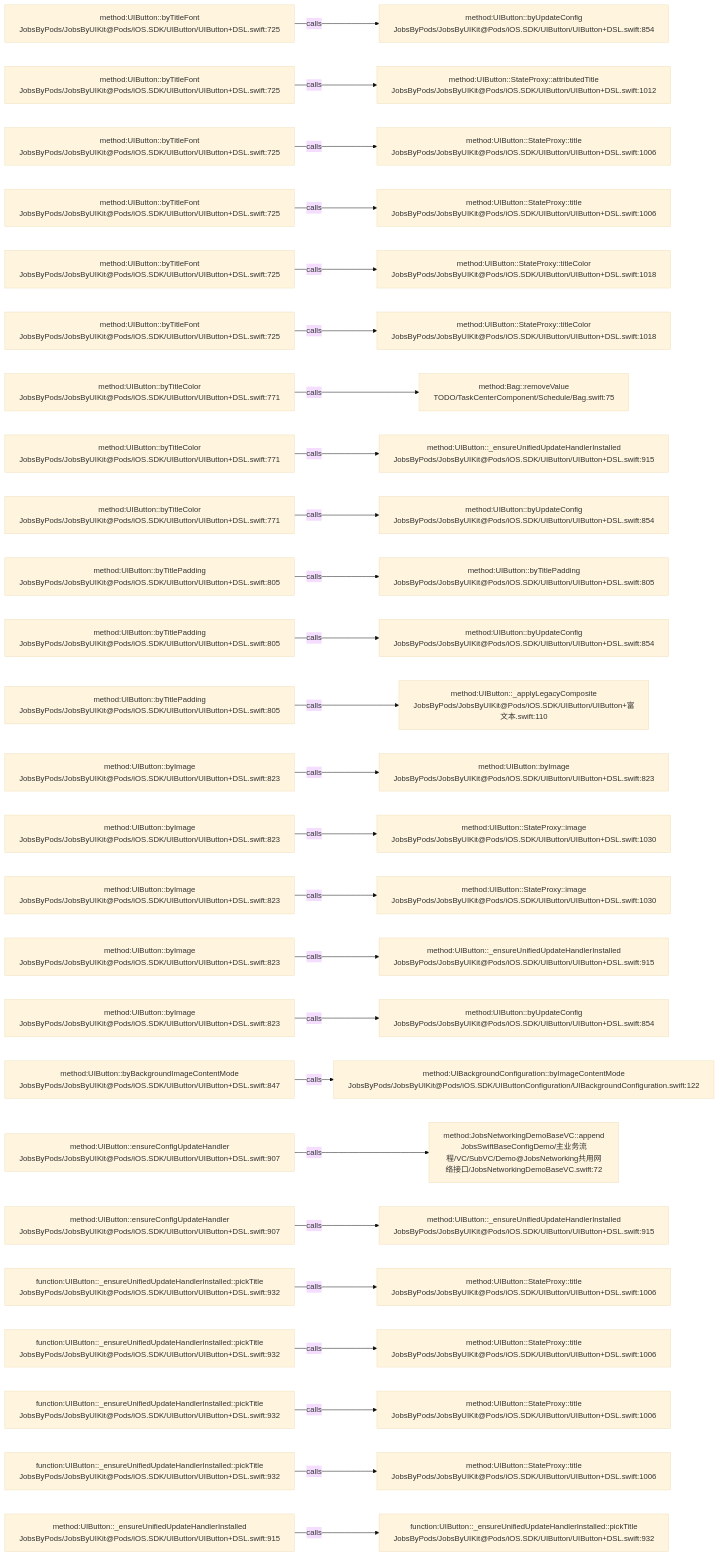
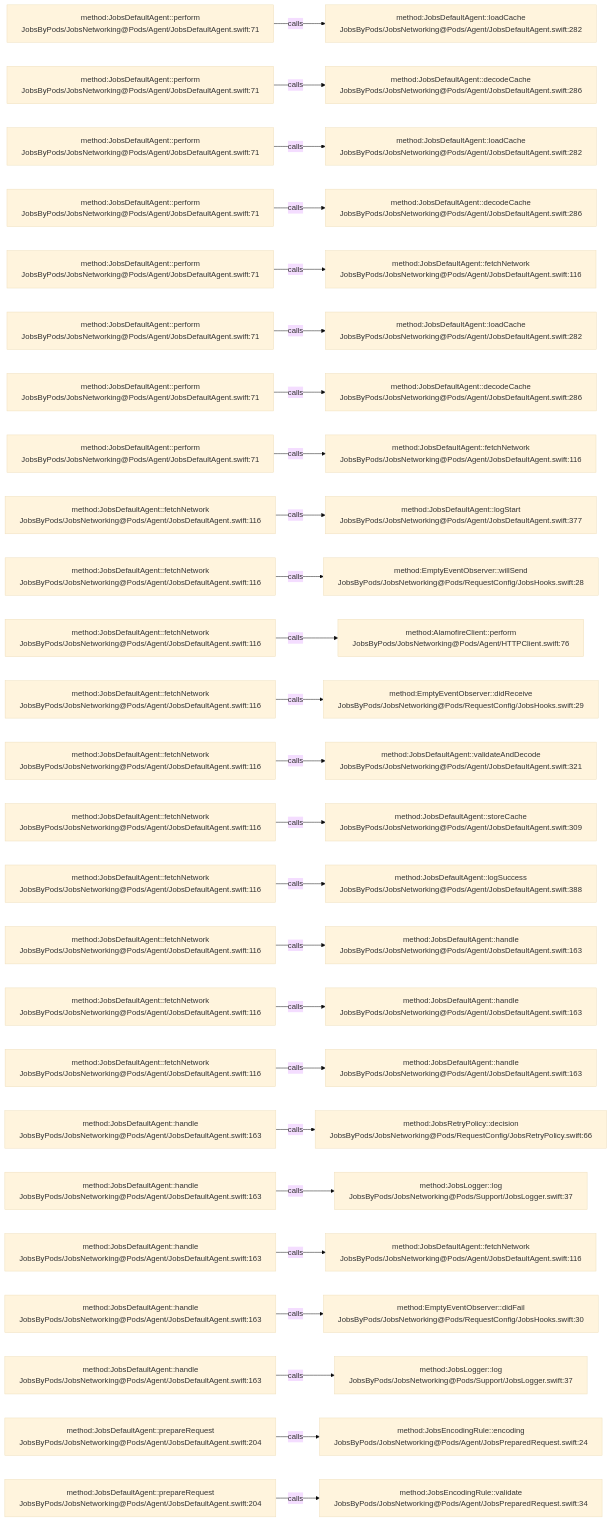
Before and after one commit to JobsKits/JobsSwiftBaseConfigDemo: the diagram in .codegraph/codegraph.md/graphs/calls-037.md, drawn with Mermaid (base theme). The commit also changed 569 other files, not shown here.

````diff
--- a/.codegraph/codegraph.md/graphs/calls-037.md
+++ b/.codegraph/codegraph.md/graphs/calls-037.md
@@ -13,78 +13,78 @@
 ```mermaid
 flowchart LR
-  S1["method:UIButton::byTitleFont<br/>JobsByPods/JobsByUIKit@Pods/iOS.SDK/UIButton/UIButton+DSL.swift:725"]
-  T1["method:UIButton::byUpdateConfig<br/>JobsByPods/JobsByUIKit@Pods/iOS.SDK/UIButton/UIButton+DSL.swift:854"]
+  S1["method:JobsDefaultAgent::perform<br/>JobsByPods/JobsNetworking@Pods/Agent/JobsDefaultAgent.swift:71"]
+  T1["method:JobsDefaultAgent::loadCache<br/>JobsByPods/JobsNetworking@Pods/Agent/JobsDefaultAgent.swift:282"]
   S1 -->|calls| T1
-  S2["method:UIButton::byTitleFont<br/>JobsByPods/JobsByUIKit@Pods/iOS.SDK/UIButton/UIButton+DSL.swift:725"]
-  T2["method:UIButton::StateProxy::attributedTitle<br/>JobsByPods/JobsByUIKit@Pods/iOS.SDK/UIButton/UIButton+DSL.swift:1012"]
+  S2["method:JobsDefaultAgent::perform<br/>JobsByPods/JobsNetworking@Pods/Agent/JobsDefaultAgent.swift:71"]
+  T2["method:JobsDefaultAgent::decodeCache<br/>JobsByPods/JobsNetworking@Pods/Agent/JobsDefaultAgent.swift:286"]
   S2 -->|calls| T2
-  S3["method:UIButton::byTitleFont<br/>JobsByPods/JobsByUIKit@Pods/iOS.SDK/UIButton/UIButton+DSL.swift:725"]
-  T3["method:UIButton::StateProxy::title<br/>JobsByPods/JobsByUIKit@Pods/iOS.SDK/UIButton/UIButton+DSL.swift:1006"]
+  S3["method:JobsDefaultAgent::perform<br/>JobsByPods/JobsNetworking@Pods/Agent/JobsDefaultAgent.swift:71"]
+  T3["method:JobsDefaultAgent::loadCache<br/>JobsByPods/JobsNetworking@Pods/Agent/JobsDefaultAgent.swift:282"]
   S3 -->|calls| T3
-  S4["method:UIButton::byTitleFont<br/>JobsByPods/JobsByUIKit@Pods/iOS.SDK/UIButton/UIButton+DSL.swift:725"]
-  T4["method:UIButton::StateProxy::title<br/>JobsByPods/JobsByUIKit@Pods/iOS.SDK/UIButton/UIButton+DSL.swift:1006"]
+  S4["method:JobsDefaultAgent::perform<br/>JobsByPods/JobsNetworking@Pods/Agent/JobsDefaultAgent.swift:71"]
+  T4["method:JobsDefaultAgent::decodeCache<br/>JobsByPods/JobsNetworking@Pods/Agent/JobsDefaultAgent.swift:286"]
   S4 -->|calls| T4
-  S5["method:UIButton::byTitleFont<br/>JobsByPods/JobsByUIKit@Pods/iOS.SDK/UIButton/UIButton+DSL.swift:725"]
-  T5["method:UIButton::StateProxy::titleColor<br/>JobsByPods/JobsByUIKit@Pods/iOS.SDK/UIButton/UIButton+DSL.swift:1018"]
+  S5["method:JobsDefaultAgent::perform<br/>JobsByPods/JobsNetworking@Pods/Agent/JobsDefaultAgent.swift:71"]
+  T5["method:JobsDefaultAgent::fetchNetwork<br/>JobsByPods/JobsNetworking@Pods/Agent/JobsDefaultAgent.swift:116"]
   S5 -->|calls| T5
-  S6["method:UIButton::byTitleFont<br/>JobsByPods/JobsByUIKit@Pods/iOS.SDK/UIButton/UIButton+DSL.swift:725"]
-  T6["method:UIButton::StateProxy::titleColor<br/>JobsByPods/JobsByUIKit@Pods/iOS.SDK/UIButton/UIButton+DSL.swift:1018"]
+  S6["method:JobsDefaultAgent::perform<br/>JobsByPods/JobsNetworking@Pods/Agent/JobsDefaultAgent.swift:71"]
+  T6["method:JobsDefaultAgent::loadCache<br/>JobsByPods/JobsNetworking@Pods/Agent/JobsDefaultAgent.swift:282"]
   S6 -->|calls| T6
-  S7["method:UIButton::byTitleColor<br/>JobsByPods/JobsByUIKit@Pods/iOS.SDK/UIButton/UIButton+DSL.swift:771"]
-  T7["method:Bag::removeValue<br/>TODO/TaskCenterComponent/Schedule/Bag.swift:75"]
+  S7["method:JobsDefaultAgent::perform<br/>JobsByPods/JobsNetworking@Pods/Agent/JobsDefaultAgent.swift:71"]
+  T7["method:JobsDefaultAgent::decodeCache<br/>JobsByPods/JobsNetworking@Pods/Agent/JobsDefaultAgent.swift:286"]
   S7 -->|calls| T7
-  S8["method:UIButton::byTitleColor<br/>JobsByPods/JobsByUIKit@Pods/iOS.SDK/UIButton/UIButton+DSL.swift:771"]
-  T8["method:UIButton::_ensureUnifiedUpdateHandlerInstalled<br/>JobsByPods/JobsByUIKit@Pods/iOS.SDK/UIButton/UIButton+DSL.swift:915"]
+  S8["method:JobsDefaultAgent::perform<br/>JobsByPods/JobsNetworking@Pods/Agent/JobsDefaultAgent.swift:71"]
+  T8["method:JobsDefaultAgent::fetchNetwork<br/>JobsByPods/JobsNetworking@Pods/Agent/JobsDefaultAgent.swift:116"]
   S8 -->|calls| T8
-  S9["method:UIButton::byTitleColor<br/>JobsByPods/JobsByUIKit@Pods/iOS.SDK/UIButton/UIButton+DSL.swift:771"]
-  T9["method:UIButton::byUpdateConfig<br/>JobsByPods/JobsByUIKit@Pods/iOS.SDK/UIButton/UIButton+DSL.swift:854"]
+  S9["method:JobsDefaultAgent::fetchNetwork<br/>JobsByPods/JobsNetworking@Pods/Agent/JobsDefaultAgent.swift:116"]
+  T9["method:JobsDefaultAgent::logStart<br/>JobsByPods/JobsNetworking@Pods/Agent/JobsDefaultAgent.swift:377"]
   S9 -->|calls| T9
-  S10["method:UIButton::byTitlePadding<br/>JobsByPods/JobsByUIKit@Pods/iOS.SDK/UIButton/UIButton+DSL.swift:805"]
-  T10["method:UIButton::byTitlePadding<br/>JobsByPods/JobsByUIKit@Pods/iOS.SDK/UIButton/UIButton+DSL.swift:805"]
+  S10["method:JobsDefaultAgent::fetchNetwork<br/>JobsByPods/JobsNetworking@Pods/Agent/JobsDefaultAgent.swift:116"]
+  T10["method:EmptyEventObserver::willSend<br/>JobsByPods/JobsNetworking@Pods/RequestConfig/JobsHooks.swift:28"]
   S10 -->|calls| T10
-  S11["method:UIButton::byTitlePadding<br/>JobsByPods/JobsByUIKit@Pods/iOS.SDK/UIButton/UIButton+DSL.swift:805"]
-  T11["method:UIButton::byUpdateConfig<br/>JobsByPods/JobsByUIKit@Pods/iOS.SDK/UIButton/UIButton+DSL.swift:854"]
+  S11["method:JobsDefaultAgent::fetchNetwork<br/>JobsByPods/JobsNetworking@Pods/Agent/JobsDefaultAgent.swift:116"]
+  T11["method:AlamofireClient::perform<br/>JobsByPods/JobsNetworking@Pods/Agent/HTTPClient.swift:76"]
   S11 -->|calls| T11
-  S12["method:UIButton::byTitlePadding<br/>JobsByPods/JobsByUIKit@Pods/iOS.SDK/UIButton/UIButton+DSL.swift:805"]
-  T12["method:UIButton::_applyLegacyComposite<br/>JobsByPods/JobsByUIKit@Pods/iOS.SDK/UIButton/UIButton+富文本.swift:110"]
+  S12["method:JobsDefaultAgent::fetchNetwork<br/>JobsByPods/JobsNetworking@Pods/Agent/JobsDefaultAgent.swift:116"]
+  T12["method:EmptyEventObserver::didReceive<br/>JobsByPods/JobsNetworking@Pods/RequestConfig/JobsHooks.swift:29"]
   S12 -->|calls| T12
-  S13["method:UIButton::byImage<br/>JobsByPods/JobsByUIKit@Pods/iOS.SDK/UIButton/UIButton+DSL.swift:823"]
-  T13["method:UIButton::byImage<br/>JobsByPods/JobsByUIKit@Pods/iOS.SDK/UIButton/UIButton+DSL.swift:823"]
+  S13["method:JobsDefaultAgent::fetchNetwork<br/>JobsByPods/JobsNetworking@Pods/Agent/JobsDefaultAgent.swift:116"]
+  T13["method:JobsDefaultAgent::validateAndDecode<br/>JobsByPods/JobsNetworking@Pods/Agent/JobsDefaultAgent.swift:321"]
   S13 -->|calls| T13
-  S14["method:UIButton::byImage<br/>JobsByPods/JobsByUIKit@Pods/iOS.SDK/UIButton/UIButton+DSL.swift:823"]
-  T14["method:UIButton::StateProxy::image<br/>JobsByPods/JobsByUIKit@Pods/iOS.SDK/UIButton/UIButton+DSL.swift:1030"]
+  S14["method:JobsDefaultAgent::fetchNetwork<br/>JobsByPods/JobsNetworking@Pods/Agent/JobsDefaultAgent.swift:116"]
+  T14["method:JobsDefaultAgent::storeCache<br/>JobsByPods/JobsNetworking@Pods/Agent/JobsDefaultAgent.swift:309"]
   S14 -->|calls| T14
-  S15["method:UIButton::byImage<br/>JobsByPods/JobsByUIKit@Pods/iOS.SDK/UIButton/UIButton+DSL.swift:823"]
-  T15["method:UIButton::StateProxy::image<br/>JobsByPods/JobsByUIKit@Pods/iOS.SDK/UIButton/UIButton+DSL.swift:1030"]
+  S15["method:JobsDefaultAgent::fetchNetwork<br/>JobsByPods/JobsNetworking@Pods/Agent/JobsDefaultAgent.swift:116"]
+  T15["method:JobsDefaultAgent::logSuccess<br/>JobsByPods/JobsNetworking@Pods/Agent/JobsDefaultAgent.swift:388"]
   S15 -->|calls| T15
-  S16["method:UIButton::byImage<br/>JobsByPods/JobsByUIKit@Pods/iOS.SDK/UIButton/UIButton+DSL.swift:823"]
-  T16["method:UIButton::_ensureUnifiedUpdateHandlerInstalled<br/>JobsByPods/JobsByUIKit@Pods/iOS.SDK/UIButton/UIButton+DSL.swift:915"]
+  S16["method:JobsDefaultAgent::fetchNetwork<br/>JobsByPods/JobsNetworking@Pods/Agent/JobsDefaultAgent.swift:116"]
+  T16["method:JobsDefaultAgent::handle<br/>JobsByPods/JobsNetworking@Pods/Agent/JobsDefaultAgent.swift:163"]
   S16 -->|calls| T16
-  S17["method:UIButton::byImage<br/>JobsByPods/JobsByUIKit@Pods/iOS.SDK/UIButton/UIButton+DSL.swift:823"]
-  T17["method:UIButton::byUpdateConfig<br/>JobsByPods/JobsByUIKit@Pods/iOS.SDK/UIButton/UIButton+DSL.swift:854"]
+  S17["method:JobsDefaultAgent::fetchNetwork<br/>JobsByPods/JobsNetworking@Pods/Agent/JobsDefaultAgent.swift:116"]
+  T17["method:JobsDefaultAgent::handle<br/>JobsByPods/JobsNetworking@Pods/Agent/JobsDefaultAgent.swift:163"]
   S17 -->|calls| T17
-  S18["method:UIButton::byBackgroundImageContentMode<br/>JobsByPods/JobsByUIKit@Pods/iOS.SDK/UIButton/UIButton+DSL.swift:847"]
-  T18["method:UIBackgroundConfiguration::byImageContentMode<br/>JobsByPods/JobsByUIKit@Pods/iOS.SDK/UIButtonConfiguration/UIBackgroundConfiguration.swift:122"]
+  S18["method:JobsDefaultAgent::fetchNetwork<br/>JobsByPods/JobsNetworking@Pods/Agent/JobsDefaultAgent.swift:116"]
+  T18["method:JobsDefaultAgent::handle<br/>JobsByPods/JobsNetworking@Pods/Agent/JobsDefaultAgent.swift:163"]
   S18 -->|calls| T18
-  S19["method:UIButton::ensureConfigUpdateHandler<br/>JobsByPods/JobsByUIKit@Pods/iOS.SDK/UIButton/UIButton+DSL.swift:907"]
-  T19["method:JobsNetworkingDemoBaseVC::append<br/>JobsSwiftBaseConfigDemo/主业务流程/VC/SubVC/Demo@JobsNetworking共用网络接口/JobsNetworkingDemoBaseVC.swift:72"]
+  S19["method:JobsDefaultAgent::handle<br/>JobsByPods/JobsNetworking@Pods/Agent/JobsDefaultAgent.swift:163"]
+  T19["method:JobsRetryPolicy::decision<br/>JobsByPods/JobsNetworking@Pods/RequestConfig/JobsRetryPolicy.swift:66"]
   S19 -->|calls| T19
-  S20["method:UIButton::ensureConfigUpdateHandler<br/>JobsByPods/JobsByUIKit@Pods/iOS.SDK/UIButton/UIButton+DSL.swift:907"]
-  T20["method:UIButton::_ensureUnifiedUpdateHandlerInstalled<br/>JobsByPods/JobsByUIKit@Pods/iOS.SDK/UIButton/UIButton+DSL.swift:915"]
+  S20["method:JobsDefaultAgent::handle<br/>JobsByPods/JobsNetworking@Pods/Agent/JobsDefaultAgent.swift:163"]
+  T20["method:JobsLogger::log<br/>JobsByPods/JobsNetworking@Pods/Support/JobsLogger.swift:37"]
   S20 -->|calls| T20
-  S21["function:UIButton::_ensureUnifiedUpdateHandlerInstalled::pickTitle<br/>JobsByPods/JobsByUIKit@Pods/iOS.SDK/UIButton/UIButton+DSL.swift:932"]
-  T21["method:UIButton::StateProxy::title<br/>JobsByPods/JobsByUIKit@Pods/iOS.SDK/UIButton/UIButton+DSL.swift:1006"]
+  S21["method:JobsDefaultAgent::handle<br/>JobsByPods/JobsNetworking@Pods/Agent/JobsDefaultAgent.swift:163"]
+  T21["method:JobsDefaultAgent::fetchNetwork<br/>JobsByPods/JobsNetworking@Pods/Agent/JobsDefaultAgent.swift:116"]
   S21 -->|calls| T21
-  S22["function:UIButton::_ensureUnifiedUpdateHandlerInstalled::pickTitle<br/>JobsByPods/JobsByUIKit@Pods/iOS.SDK/UIButton/UIButton+DSL.swift:932"]
-  T22["method:UIButton::StateProxy::title<br/>JobsByPods/JobsByUIKit@Pods/iOS.SDK/UIButton/UIButton+DSL.swift:1006"]
+  S22["method:JobsDefaultAgent::handle<br/>JobsByPods/JobsNetworking@Pods/Agent/JobsDefaultAgent.swift:163"]
+  T22["method:EmptyEventObserver::didFail<br/>JobsByPods/JobsNetworking@Pods/RequestConfig/JobsHooks.swift:30"]
   S22 -->|calls| T22
-  S23["function:UIButton::_ensureUnifiedUpdateHandlerInstalled::pickTitle<br/>JobsByPods/JobsByUIKit@Pods/iOS.SDK/UIButton/UIButton+DSL.swift:932"]
-  T23["method:UIButton::StateProxy::title<br/>JobsByPods/JobsByUIKit@Pods/iOS.SDK/UIButton/UIButton+DSL.swift:1006"]
+  S23["method:JobsDefaultAgent::handle<br/>JobsByPods/JobsNetworking@Pods/Agent/JobsDefaultAgent.swift:163"]
+  T23["method:JobsLogger::log<br/>JobsByPods/JobsNetworking@Pods/Support/JobsLogger.swift:37"]
   S23 -->|calls| T23
-  S24["function:UIButton::_ensureUnifiedUpdateHandlerInstalled::pickTitle<br/>JobsByPods/JobsByUIKit@Pods/iOS.SDK/UIButton/UIButton+DSL.swift:932"]
-  T24["method:UIButton::StateProxy::title<br/>JobsByPods/JobsByUIKit@Pods/iOS.SDK/UIButton/UIButton+DSL.swift:1006"]
+  S24["method:JobsDefaultAgent::prepareRequest<br/>JobsByPods/JobsNetworking@Pods/Agent/JobsDefaultAgent.swift:204"]
+  T24["method:JobsEncodingRule::encoding<br/>JobsByPods/JobsNetworking@Pods/Agent/JobsPreparedRequest.swift:24"]
   S24 -->|calls| T24
-  S25["method:UIButton::_ensureUnifiedUpdateHandlerInstalled<br/>JobsByPods/JobsByUIKit@Pods/iOS.SDK/UIButton/UIButton+DSL.swift:915"]
-  T25["function:UIButton::_ensureUnifiedUpdateHandlerInstalled::pickTitle<br/>JobsByPods/JobsByUIKit@Pods/iOS.SDK/UIButton/UIButton+DSL.swift:932"]
+  S25["method:JobsDefaultAgent::prepareRequest<br/>JobsByPods/JobsNetworking@Pods/Agent/JobsDefaultAgent.swift:204"]
+  T25["method:JobsEncodingRule::validate<br/>JobsByPods/JobsNetworking@Pods/Agent/JobsPreparedRequest.swift:34"]
   S25 -->|calls| T25
 ```
````
